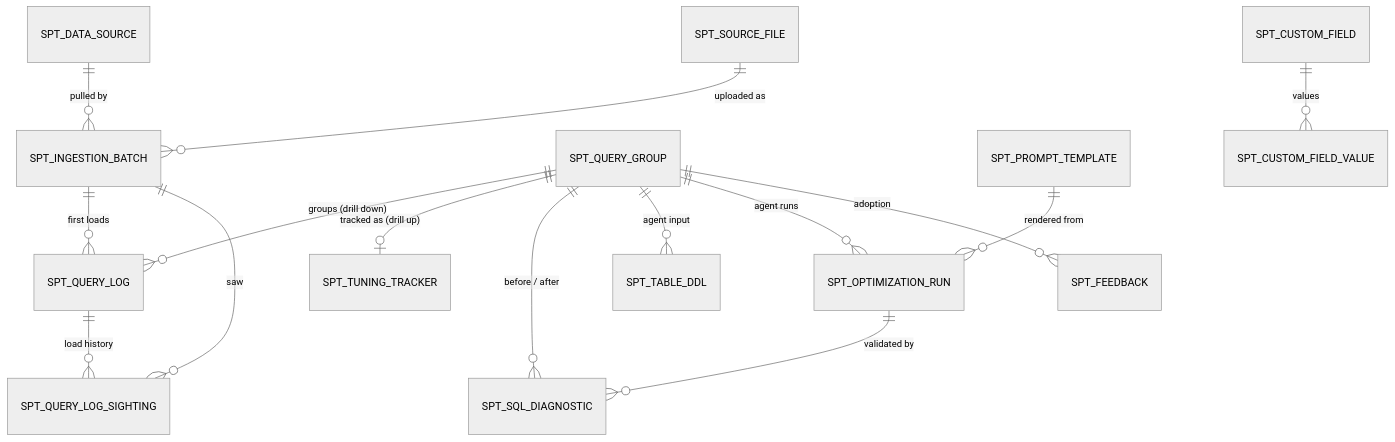
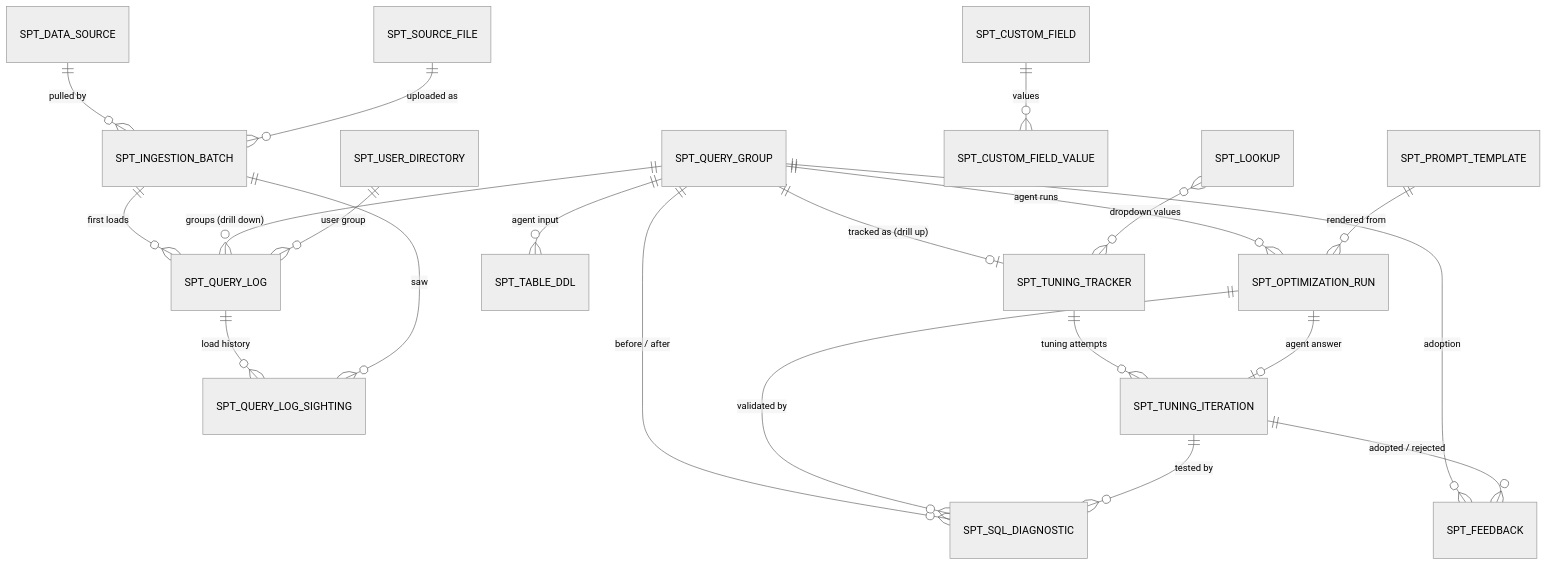
One commit to tech-coder-ai/sql-perf-tune changed the first of 2 diagrams in docs/architecture.md. Above: the diagram before and after it, drawn with Mermaid (neutral theme). The commit also changed other lines of this file and 77 other files, not shown here.

````diff
--- a/docs/architecture.md
+++ b/docs/architecture.md
@@ -33,17 +33,23 @@
 ```mermaid
 erDiagram
     SPT_DATA_SOURCE ||--o{ SPT_INGESTION_BATCH : "pulled by"
     SPT_SOURCE_FILE ||--o{ SPT_INGESTION_BATCH : "uploaded as"
     SPT_INGESTION_BATCH ||--o{ SPT_QUERY_LOG : "first loads"
     SPT_QUERY_LOG ||--o{ SPT_QUERY_LOG_SIGHTING : "load history"
     SPT_INGESTION_BATCH ||--o{ SPT_QUERY_LOG_SIGHTING : "saw"
     SPT_QUERY_GROUP ||--o{ SPT_QUERY_LOG : "groups (drill down)"
     SPT_QUERY_GROUP ||--o| SPT_TUNING_TRACKER : "tracked as (drill up)"
     SPT_QUERY_GROUP ||--o{ SPT_SQL_DIAGNOSTIC : "before / after"
     SPT_QUERY_GROUP ||--o{ SPT_TABLE_DDL : "agent input"
     SPT_QUERY_GROUP ||--o{ SPT_OPTIMIZATION_RUN : "agent runs"
     SPT_PROMPT_TEMPLATE ||--o{ SPT_OPTIMIZATION_RUN : "rendered from"
     SPT_OPTIMIZATION_RUN ||--o{ SPT_SQL_DIAGNOSTIC : "validated by"
     SPT_QUERY_GROUP ||--o{ SPT_FEEDBACK : "adoption"
+    SPT_TUNING_TRACKER ||--o{ SPT_TUNING_ITERATION : "tuning attempts"
+    SPT_OPTIMIZATION_RUN ||--o| SPT_TUNING_ITERATION : "agent answer"
+    SPT_TUNING_ITERATION ||--o{ SPT_SQL_DIAGNOSTIC : "tested by"
+    SPT_TUNING_ITERATION ||--o{ SPT_FEEDBACK : "adopted / rejected"
     SPT_CUSTOM_FIELD ||--o{ SPT_CUSTOM_FIELD_VALUE : "values"
+    SPT_LOOKUP }o--o{ SPT_TUNING_TRACKER : "dropdown values"
+    SPT_USER_DIRECTORY ||--o{ SPT_QUERY_LOG : "user group"
 ```
````
